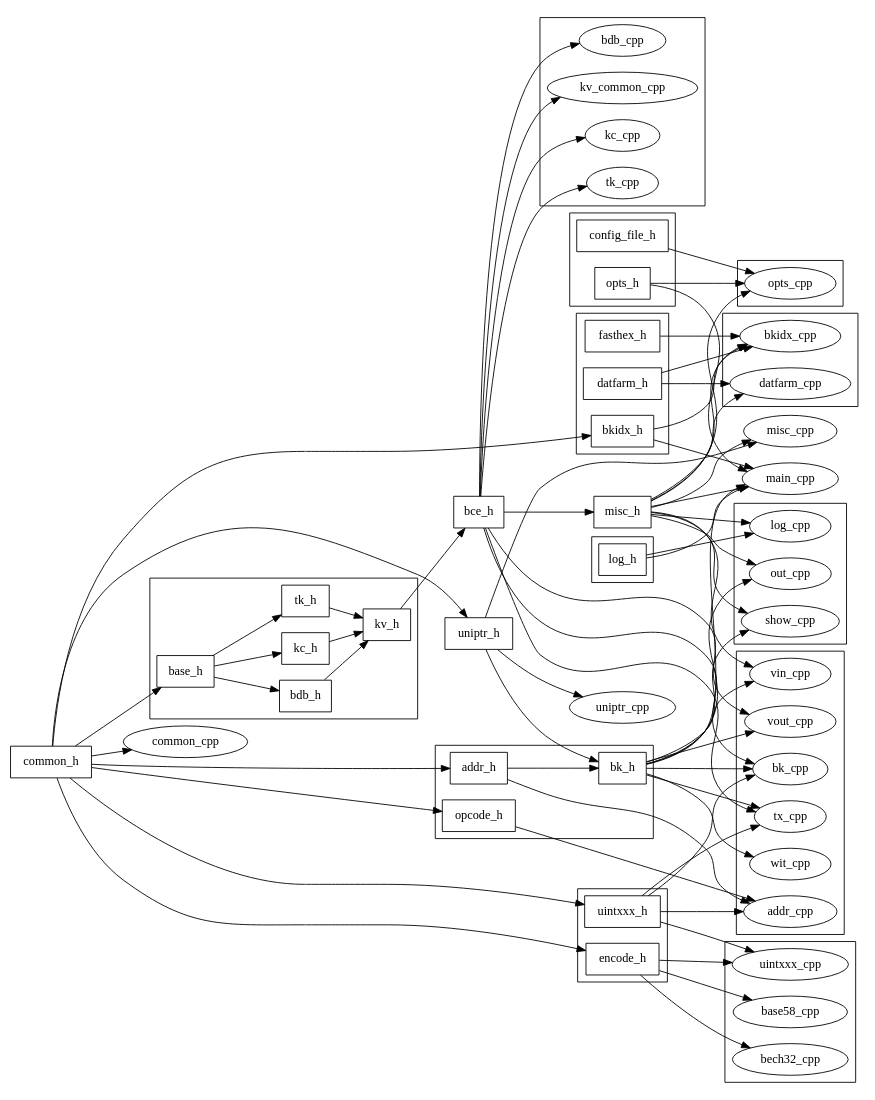
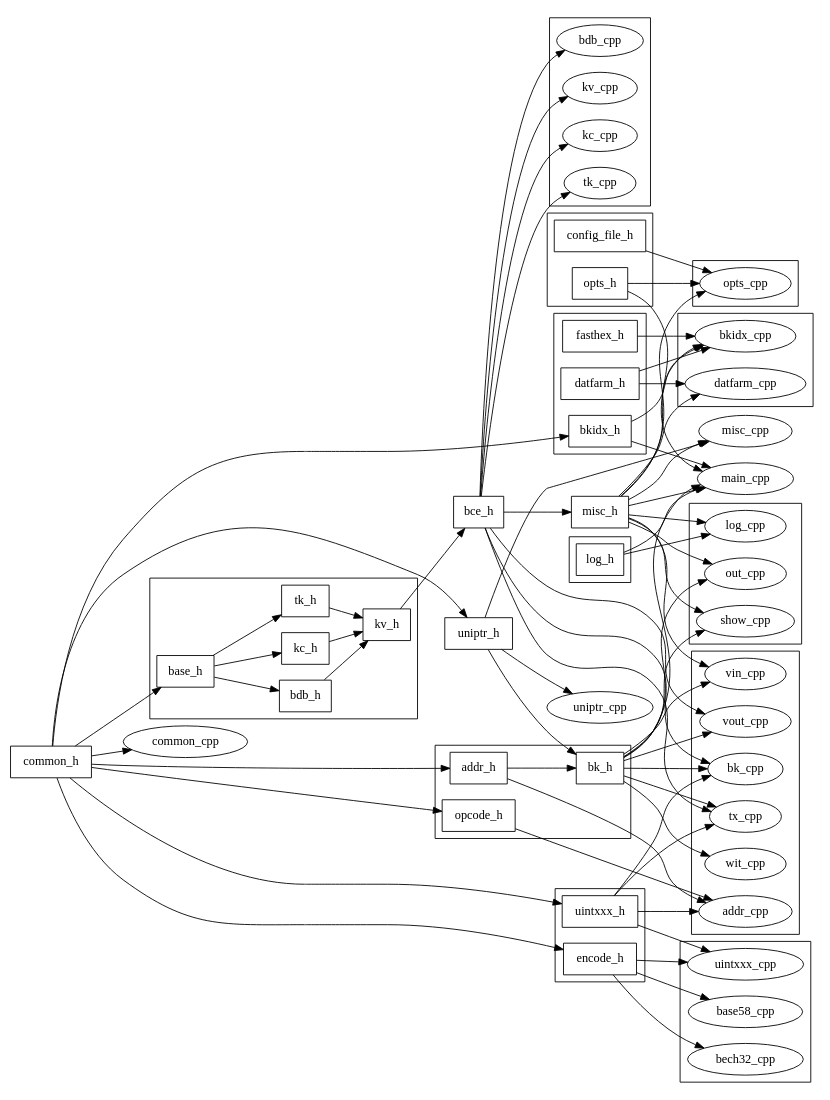
Before and after one commit to tieugene/bce2: the diagram in doc/src.dot, drawn with Graphviz. The commit also changed 3 other files, not shown here.

```diff
--- a/doc/src.dot
+++ b/doc/src.dot
@@ -1,132 +1,132 @@
 digraph bce2 {
 	rankdir = LR;
 	node [shape="box"];
 	bce_h;
 	common_h;
 	misc_h;
 	uniptr_h;
 	subgraph cluster_h_bk {
 		addr_h;
 		bk_h;
 		opcode_h;
 	}
 	subgraph cluster_h_cfg {
 		config_file_h;
 		opts_h;
 	}
 	subgraph cluster_h_crypt {
 		encode_h;
 		uintxxx_h;
 	}
 	subgraph cluster_h_kv {
 		base_h;
 		bdb_h;
 		kc_h;
 		kv_h;
 		tk_h;
 	}
 	subgraph cluster_h_load {
 		bkidx_h;
 		datfarm_h;
 		fasthex_h;
 	}
 	subgraph cluster_h_out {
 		log_h;
 	}
 	// .h
 	kv_h -> bce_h;
 	bce_h -> misc_h;
 	common_h -> uniptr_h;
 	common_h -> addr_h -> bk_h;
 	uniptr_h -> bk_h;
 	common_h -> opcode_h;
 	common_h -> encode_h;
 	common_h -> uintxxx_h;
 	common_h -> base_h;
 	base_h -> bdb_h;
 	base_h -> kc_h;
 	base_h -> tk_h;
 	bdb_h -> kv_h;
 	kc_h -> kv_h;
 	tk_h -> kv_h;
 	common_h -> bkidx_h;
 	// _cpp
 	node [shape="ellipse"];
 	common_h -> common_cpp;
 	uniptr_h -> uniptr_cpp;
 	uniptr_h -> misc_cpp;
 	misc_h -> misc_cpp;
 	misc_h -> main_cpp;
 	opts_h -> main_cpp;
 	bkidx_h -> main_cpp;
 	bk_h -> main_cpp;
 	log_h -> main_cpp;
 	subgraph cluster_c_bk {
 		addr_cpp;
 		bk_cpp;
 		tx_cpp;
 		vin_cpp;
 		vout_cpp;
 		wit_cpp;
 	}
 	subgraph cluster_c_cfg {
 		opts_cpp;
 	}
 	subgraph cluster_c_crypt {
 		base58_cpp;
 		bech32_cpp;
 		uintxxx_cpp;
 	}
 	subgraph cluster_c_kv {
 		bdb_cpp;
-		kv_common_cpp;
+		kv_cpp;
 		kc_cpp;
 		tk_cpp;
 	}
 	subgraph cluster_c_load {
 		bkidx_cpp;
 		datfarm_cpp;
 	}
 	subgraph cluster_c_out {
 		log_cpp;
 		out_cpp;
 		show_cpp;
 	}
 	addr_h -> addr_cpp;
 	opcode_h -> addr_cpp;
 	uintxxx_h -> addr_cpp;
 	bce_h -> bk_cpp;
 	uintxxx_h -> bk_cpp;
 	bk_h -> bk_cpp;
 	bce_h -> tx_cpp;
 	uintxxx_h -> tx_cpp;
 	bk_h -> tx_cpp;
 	misc_h -> vin_cpp;
 	bk_h -> vin_cpp;
 	bce_h -> vout_cpp;
 	bk_h -> vout_cpp;
 	bk_h -> wit_cpp;
 	misc_h -> opts_cpp;
 	opts_h -> opts_cpp;
 	config_file_h -> opts_cpp;
 	encode_h -> base58_cpp;
 	encode_h -> bech32_cpp;
 	encode_h -> uintxxx_cpp;
 	uintxxx_h -> uintxxx_cpp;
-	bce_h -> kv_common_cpp;
+	bce_h -> kv_cpp;
 	bce_h -> bdb_cpp;
 	bce_h -> kc_cpp;
 	bce_h -> tk_cpp;
 	misc_h -> bkidx_cpp;
 	bkidx_h -> bkidx_cpp;
 	datfarm_h -> bkidx_cpp;
 	fasthex_h -> bkidx_cpp;
 	misc_h -> datfarm_cpp;
 	datfarm_h -> datfarm_cpp;
 	misc_h -> out_cpp;
 	bk_h -> out_cpp;
 	misc_h -> show_cpp;
 	bk_h -> show_cpp;
 	misc_h -> log_cpp;
 	log_h -> log_cpp;
 }
```
